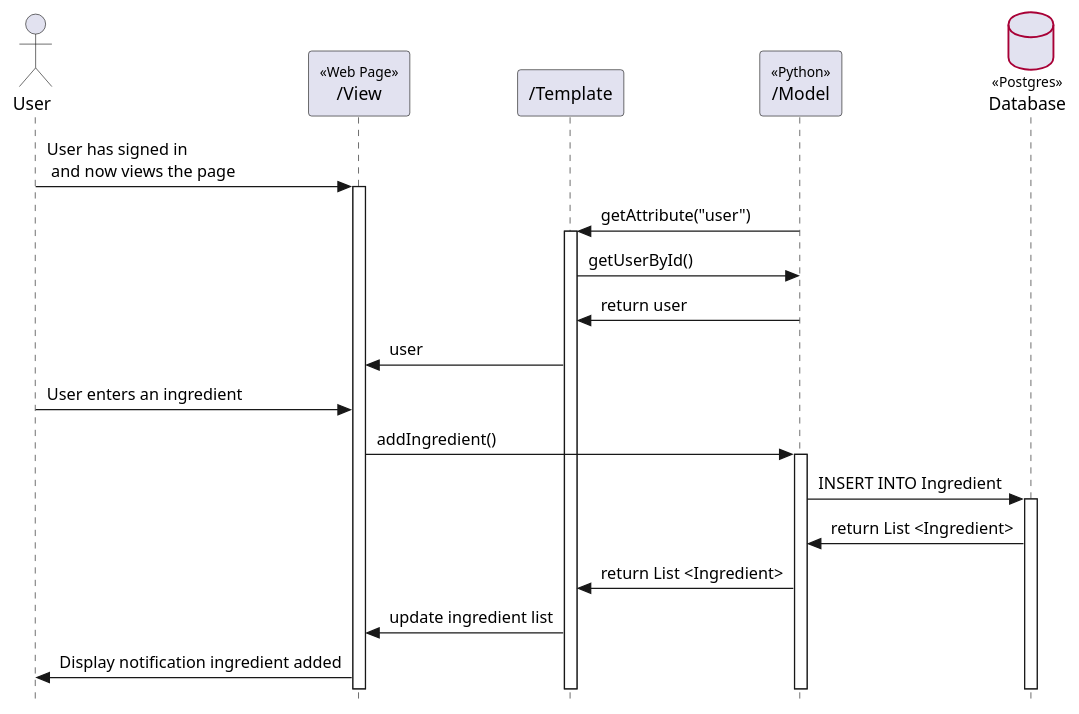
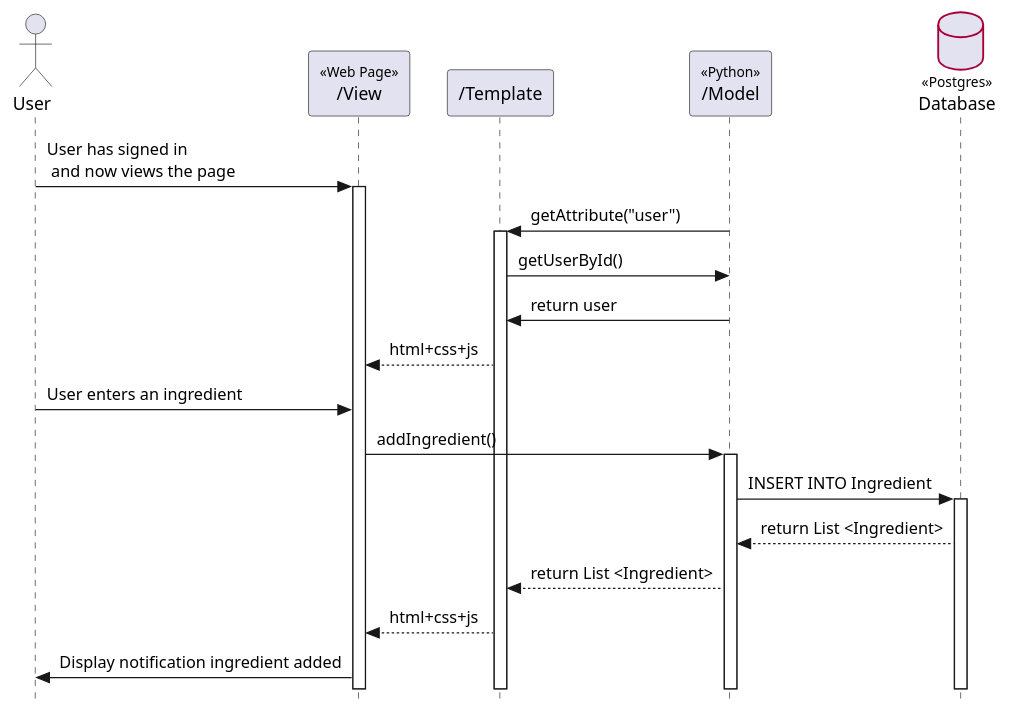
Before and after one commit to bluewolf44/PantryPal: the diagram in Diagrams/UserAddsIngredient.puml, drawn with PlantUML. The commit also changed 1 other file, not shown here.

Commit message:
updated add ingredient and view ingredient with html,css,js returns

```diff
--- a/Diagrams/UserAddsIngredient.puml
+++ b/Diagrams/UserAddsIngredient.puml
@@ -1,51 +1,51 @@
 @startuml customerViewsProductPage
 
 ' === Style Tweaks ===
 
 skinparam {
   Style StrictUML
   RoundCorner 5
   ParticipantPadding 10
   Padding 2
   SequenceStereotype {
     Font {
       Size 11
       Style plain
     }
   }
   Database {
 	BorderColor #A80036
   }
 }
 
 
 ' === Actors / Participants
 
 actor "User" as user
 participant "/View" as view << Web Page >>
 participant "/Template" as template
 participant "/Model" as model << Python >>
 database "Database" as db <<Postgres>>
 
 
 ' === Interactions ===
 
 user -> view++ : User has signed in\n and now views the page
 
 model -> template++ : getAttribute("user")
 template -> model : getUserById()
 model -> template : return user
-template -> view : user
+template --> view : html+css+js
 
 
 user -> view : User enters an ingredient
 view -> model++ : addIngredient()
 model -> db++ : INSERT INTO Ingredient
-db -> model : return List <Ingredient>
-model -> template : return List <Ingredient>
-template -> view : update ingredient list
+db --> model : return List <Ingredient>
+model --> template : return List <Ingredient>
+template --> view : html+css+js
 
 view -> user : Display notification ingredient added
 
 
 @enduml
```
